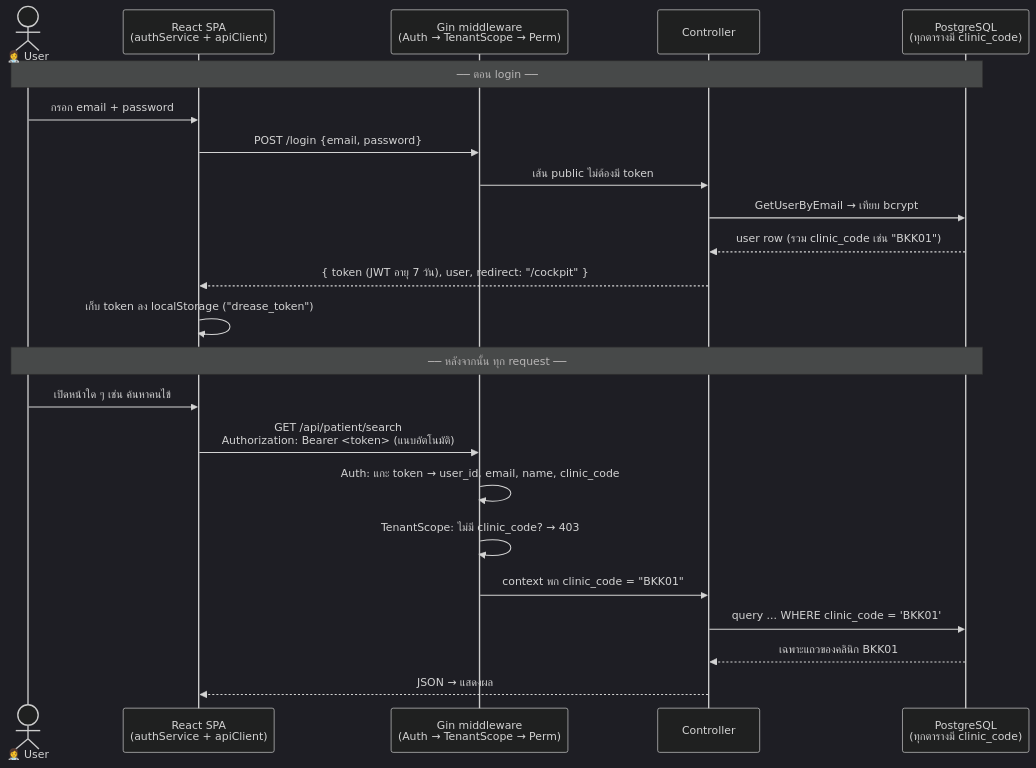
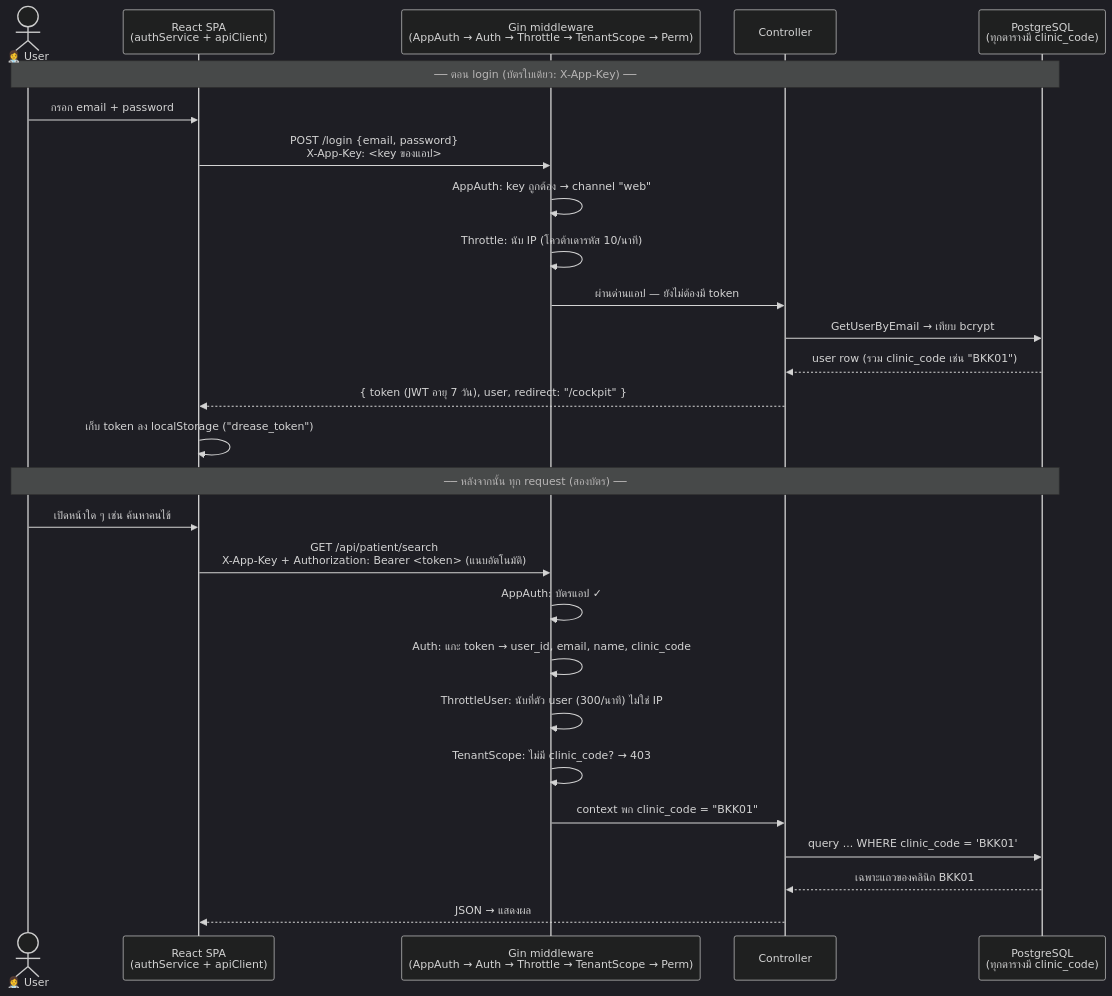
Before and after one commit to atiz-official/atiz-official.github.io: the first of 2 diagrams in docs/API-FLOW.md, drawn with Mermaid (dark theme). The commit also changed other lines of this file and 5 other files, not shown here.

````diff
--- a/docs/API-FLOW.md
+++ b/docs/API-FLOW.md
@@ -9,27 +9,31 @@
 ```mermaid
 sequenceDiagram
     actor U as 👩‍⚕️ User
     participant FE as React SPA<br/>(authService + apiClient)
-    participant MW as Gin middleware<br/>(Auth → TenantScope → Perm)
+    participant MW as Gin middleware<br/>(AppAuth → Auth → Throttle → TenantScope → Perm)
     participant CT as Controller
     participant DB as PostgreSQL<br/>(ทุกตารางมี clinic_code)
 
-    Note over U,DB: ── ตอน login ──
+    Note over U,DB: ── ตอน login (บัตรใบเดียว: X-App-Key) ──
     U->>FE: กรอก email + password
-    FE->>MW: POST /login {email, password}
-    MW->>CT: เส้น public ไม่ต้องมี token
+    FE->>MW: POST /login {email, password}<br/>X-App-Key: <key ของแอป>
+    MW->>MW: AppAuth: key ถูกต้อง → channel "web"
+    MW->>MW: Throttle: นับ IP (โควต้าเดารหัส 10/นาที)
+    MW->>CT: ผ่านด่านแอป — ยังไม่ต้องมี token
     CT->>DB: GetUserByEmail → เทียบ bcrypt
     DB-->>CT: user row (รวม clinic_code เช่น "BKK01")
     CT-->>FE: { token (JWT อายุ 7 วัน), user, redirect: "/cockpit" }
     FE->>FE: เก็บ token ลง localStorage ("drease_token")
 
-    Note over U,DB: ── หลังจากนั้น ทุก request ──
+    Note over U,DB: ── หลังจากนั้น ทุก request (สองบัตร) ──
     U->>FE: เปิดหน้าใด ๆ เช่น ค้นหาคนไข้
-    FE->>MW: GET /api/patient/search<br/>Authorization: Bearer <token> (แนบอัตโนมัติ)
+    FE->>MW: GET /api/patient/search<br/>X-App-Key + Authorization: Bearer <token> (แนบอัตโนมัติ)
+    MW->>MW: AppAuth: บัตรแอป ✓
     MW->>MW: Auth: แกะ token → user_id, email, name, clinic_code
+    MW->>MW: ThrottleUser: นับที่ตัว user (300/นาที) ไม่ใช่ IP
     MW->>MW: TenantScope: ไม่มี clinic_code? → 403
     MW->>CT: context พก clinic_code = "BKK01"
     CT->>DB: query ... WHERE clinic_code = 'BKK01'
     DB-->>CT: เฉพาะแถวของคลินิก BKK01
     CT-->>FE: JSON → แสดงผล
 ```
````
